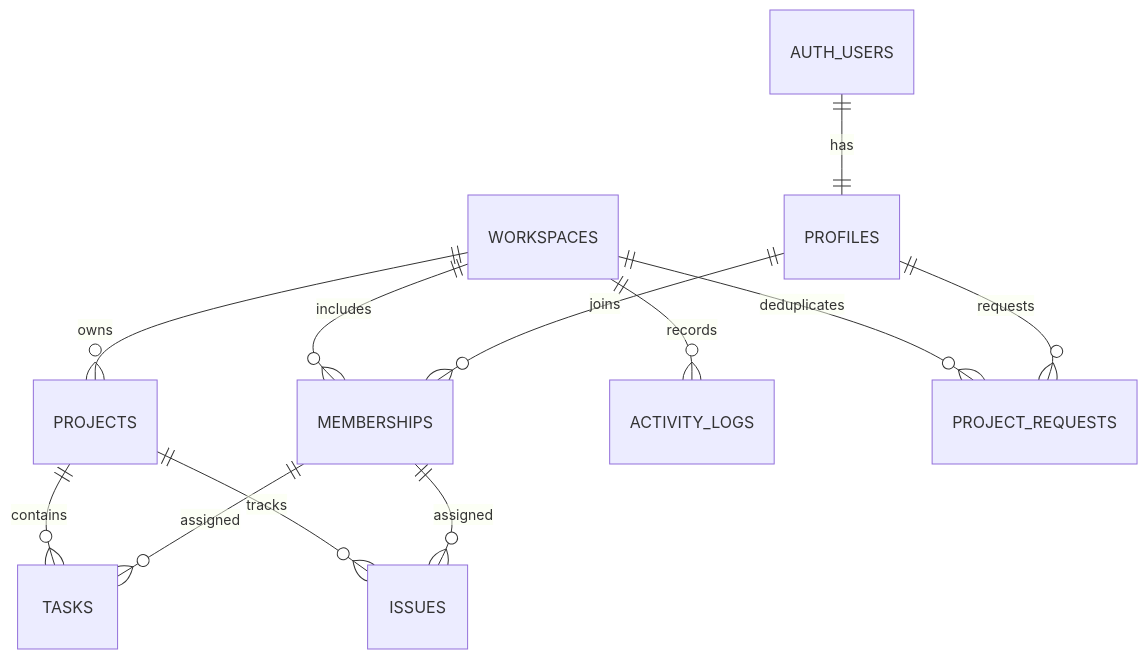
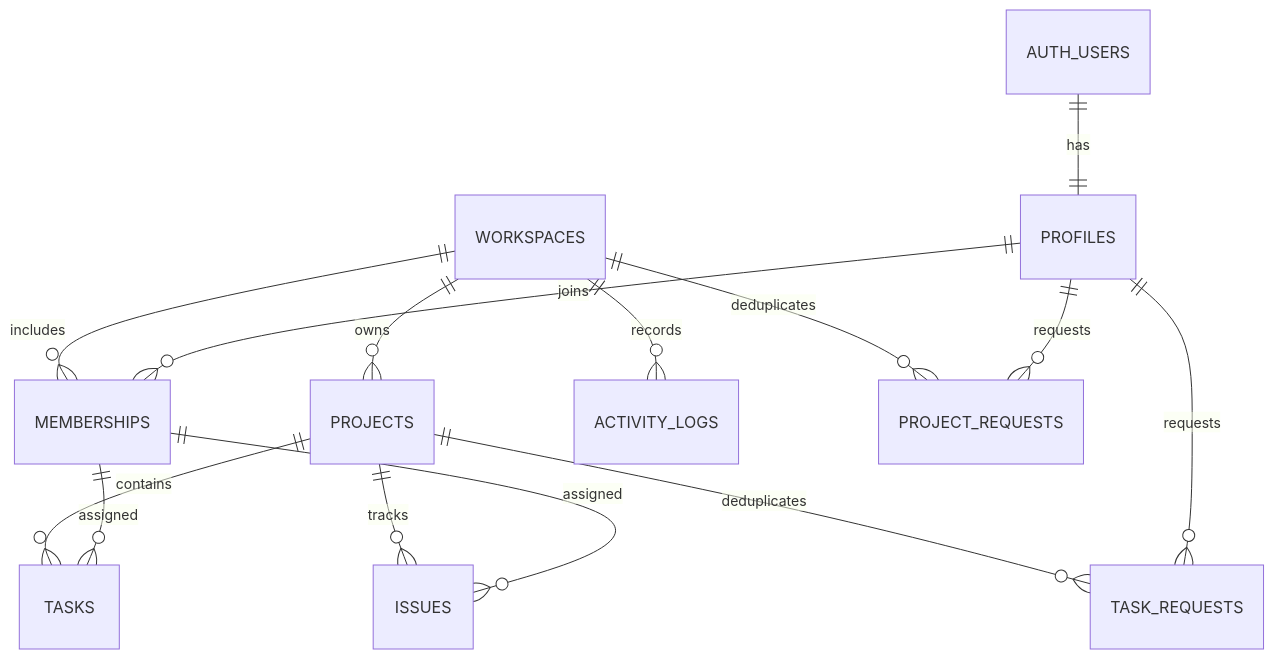
One commit to kiyohara1021/project-hub changed the diagram in docs/architecture/data-model.md. Above: the diagram before and after it, drawn with Mermaid. The commit also changed other lines of this file and 26 other files, not shown here.

````diff
--- a/docs/architecture/data-model.md
+++ b/docs/architecture/data-model.md
@@ -5,14 +5,16 @@
 ```mermaid
 erDiagram
  AUTH_USERS ||--|| PROFILES : has
  WORKSPACES ||--o{ MEMBERSHIPS : includes
  PROFILES ||--o{ MEMBERSHIPS : joins
  WORKSPACES ||--o{ PROJECTS : owns
  PROJECTS ||--o{ TASKS : contains
  PROJECTS ||--o{ ISSUES : tracks
  MEMBERSHIPS ||--o{ TASKS : assigned
  MEMBERSHIPS ||--o{ ISSUES : assigned
  WORKSPACES ||--o{ ACTIVITY_LOGS : records
  WORKSPACES ||--o{ PROJECT_REQUESTS : deduplicates
  PROFILES ||--o{ PROJECT_REQUESTS : requests
+ PROJECTS ||--o{ TASK_REQUESTS : deduplicates
+ PROFILES ||--o{ TASK_REQUESTS : requests
 ```
````
